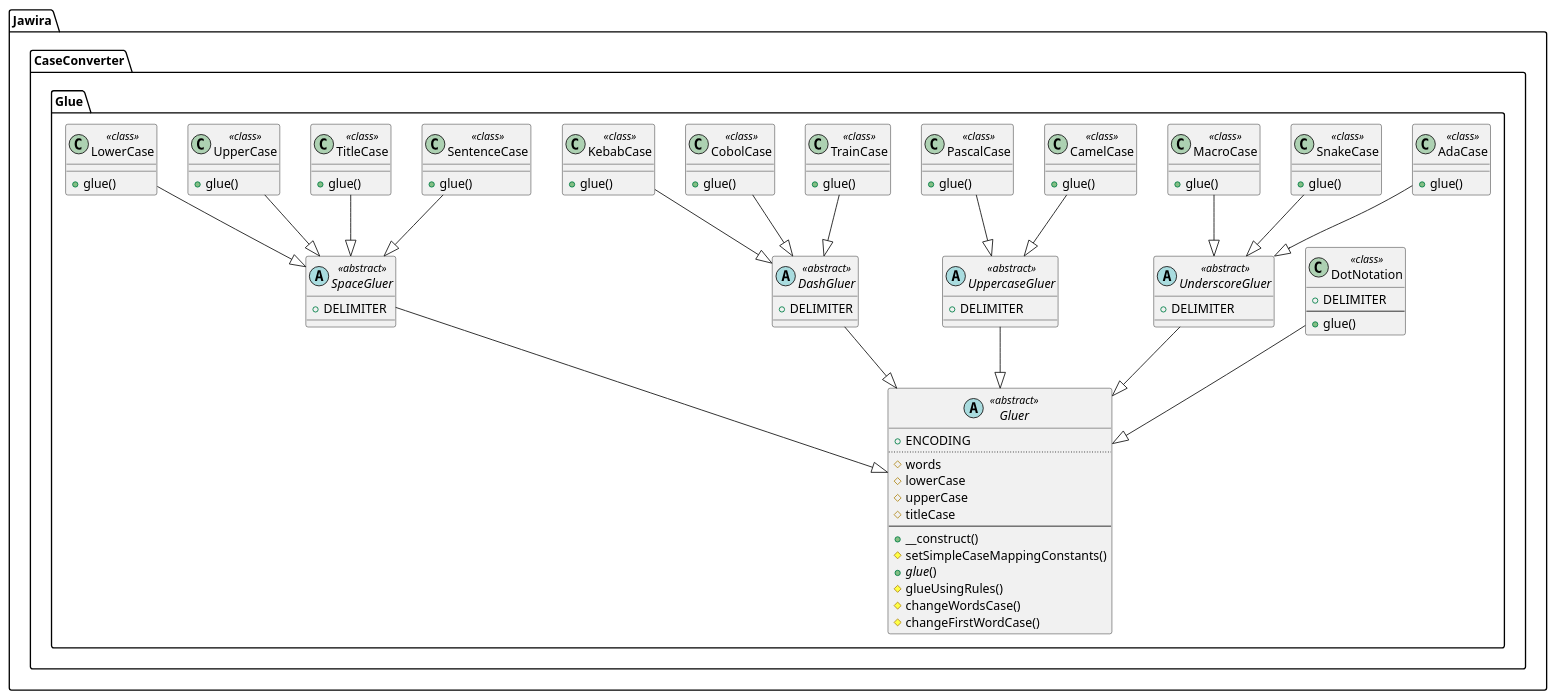
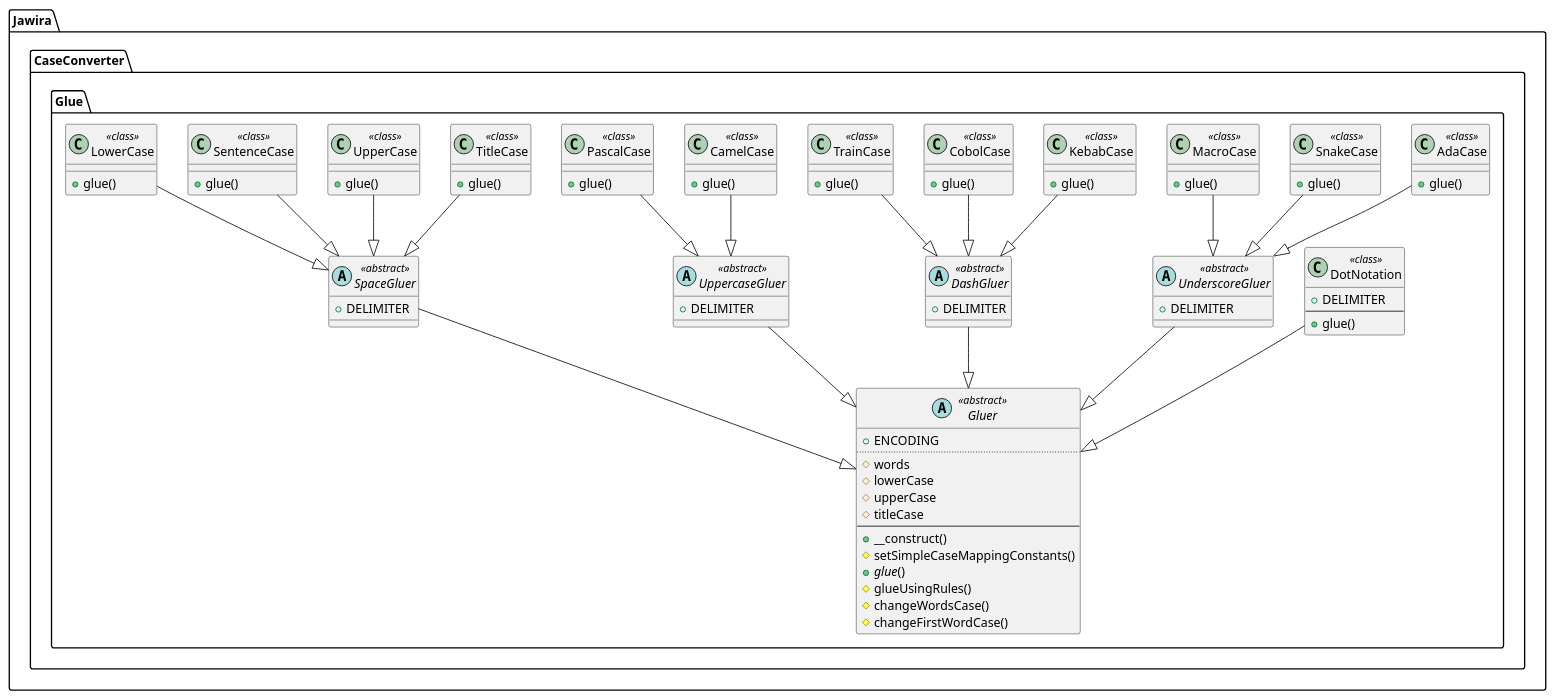
One commit to knm1/case-converter changed the diagram in images/uml-glue.puml. Above: the diagram before and after it, drawn with PlantUML. The commit also changed other lines of this file and 57 other files, not shown here.

```diff
--- a/images/uml-glue.puml
+++ b/images/uml-glue.puml
@@ -1,89 +1,89 @@
 @startuml
 namespace Jawira.CaseConverter.Glue  {
-	class AdaCase << class >> {
+	class TitleCase << class >> {
 		+glue()
 	}
-	abstract UnderscoreGluer << abstract >> {
+	abstract SpaceGluer << abstract >> {
 		+DELIMITER
 	}
 	abstract Gluer << abstract >> {
 		+ENCODING
 		..
 		#words
 		#lowerCase
 		#upperCase
 		#titleCase
 		--
 		+__construct()
 		#setSimpleCaseMappingConstants()
 		+<i>glue</i>()
 		#glueUsingRules()
 		#changeWordsCase()
 		#changeFirstWordCase()
 	}
-	class SentenceCase << class >> {
-		+glue()
-	}
-	abstract SpaceGluer << abstract >> {
+	abstract DashGluer << abstract >> {
 		+DELIMITER
-	}
-	class SnakeCase << class >> {
-		+glue()
-	}
-	class TitleCase << class >> {
-		+glue()
 	}
 	class CamelCase << class >> {
 		+glue()
 	}
 	abstract UppercaseGluer << abstract >> {
 		+DELIMITER
 	}
-	class TrainCase << class >> {
+	class AdaCase << class >> {
 		+glue()
 	}
-	abstract DashGluer << abstract >> {
+	abstract UnderscoreGluer << abstract >> {
 		+DELIMITER
+	}
+	class SnakeCase << class >> {
+		+glue()
+	}
+	class KebabCase << class >> {
+		+glue()
+	}
+	class CobolCase << class >> {
+		+glue()
 	}
 	class DotNotation << class >> {
 		+DELIMITER
 		--
 		+glue()
 	}
-	class CobolCase << class >> {
+	class UpperCase << class >> {
+		+glue()
+	}
+	class TrainCase << class >> {
+		+glue()
+	}
+	class SentenceCase << class >> {
 		+glue()
 	}
 	class PascalCase << class >> {
 		+glue()
 	}
-	class KebabCase << class >> {
-		+glue()
-	}
-	class UpperCase << class >> {
+	class MacroCase << class >> {
 		+glue()
 	}
 	class LowerCase << class >> {
 		+glue()
 	}
-	class MacroCase << class >> {
-		+glue()
-	}
 }
+Jawira.CaseConverter.Glue.SpaceGluer --|> Jawira.CaseConverter.Glue.Gluer
+Jawira.CaseConverter.Glue.TitleCase --|> Jawira.CaseConverter.Glue.SpaceGluer
+Jawira.CaseConverter.Glue.DashGluer --|> Jawira.CaseConverter.Glue.Gluer
+Jawira.CaseConverter.Glue.UppercaseGluer --|> Jawira.CaseConverter.Glue.Gluer
+Jawira.CaseConverter.Glue.CamelCase --|> Jawira.CaseConverter.Glue.UppercaseGluer
 Jawira.CaseConverter.Glue.UnderscoreGluer --|> Jawira.CaseConverter.Glue.Gluer
 Jawira.CaseConverter.Glue.AdaCase --|> Jawira.CaseConverter.Glue.UnderscoreGluer
-Jawira.CaseConverter.Glue.SpaceGluer --|> Jawira.CaseConverter.Glue.Gluer
+Jawira.CaseConverter.Glue.SnakeCase --|> Jawira.CaseConverter.Glue.UnderscoreGluer
+Jawira.CaseConverter.Glue.KebabCase --|> Jawira.CaseConverter.Glue.DashGluer
+Jawira.CaseConverter.Glue.CobolCase --|> Jawira.CaseConverter.Glue.DashGluer
+Jawira.CaseConverter.Glue.DotNotation --|> Jawira.CaseConverter.Glue.Gluer
+Jawira.CaseConverter.Glue.UpperCase --|> Jawira.CaseConverter.Glue.SpaceGluer
+Jawira.CaseConverter.Glue.TrainCase --|> Jawira.CaseConverter.Glue.DashGluer
 Jawira.CaseConverter.Glue.SentenceCase --|> Jawira.CaseConverter.Glue.SpaceGluer
-Jawira.CaseConverter.Glue.SnakeCase --|> Jawira.CaseConverter.Glue.UnderscoreGluer
-Jawira.CaseConverter.Glue.TitleCase --|> Jawira.CaseConverter.Glue.SpaceGluer
-Jawira.CaseConverter.Glue.UppercaseGluer --|> Jawira.CaseConverter.Glue.Gluer
-Jawira.CaseConverter.Glue.CamelCase --|> Jawira.CaseConverter.Glue.UppercaseGluer
-Jawira.CaseConverter.Glue.DashGluer --|> Jawira.CaseConverter.Glue.Gluer
-Jawira.CaseConverter.Glue.TrainCase --|> Jawira.CaseConverter.Glue.DashGluer
-Jawira.CaseConverter.Glue.DotNotation --|> Jawira.CaseConverter.Glue.Gluer
-Jawira.CaseConverter.Glue.CobolCase --|> Jawira.CaseConverter.Glue.DashGluer
 Jawira.CaseConverter.Glue.PascalCase --|> Jawira.CaseConverter.Glue.UppercaseGluer
-Jawira.CaseConverter.Glue.KebabCase --|> Jawira.CaseConverter.Glue.DashGluer
-Jawira.CaseConverter.Glue.UpperCase --|> Jawira.CaseConverter.Glue.SpaceGluer
+Jawira.CaseConverter.Glue.MacroCase --|> Jawira.CaseConverter.Glue.UnderscoreGluer
 Jawira.CaseConverter.Glue.LowerCase --|> Jawira.CaseConverter.Glue.SpaceGluer
-Jawira.CaseConverter.Glue.MacroCase --|> Jawira.CaseConverter.Glue.UnderscoreGluer
 @enduml
```
